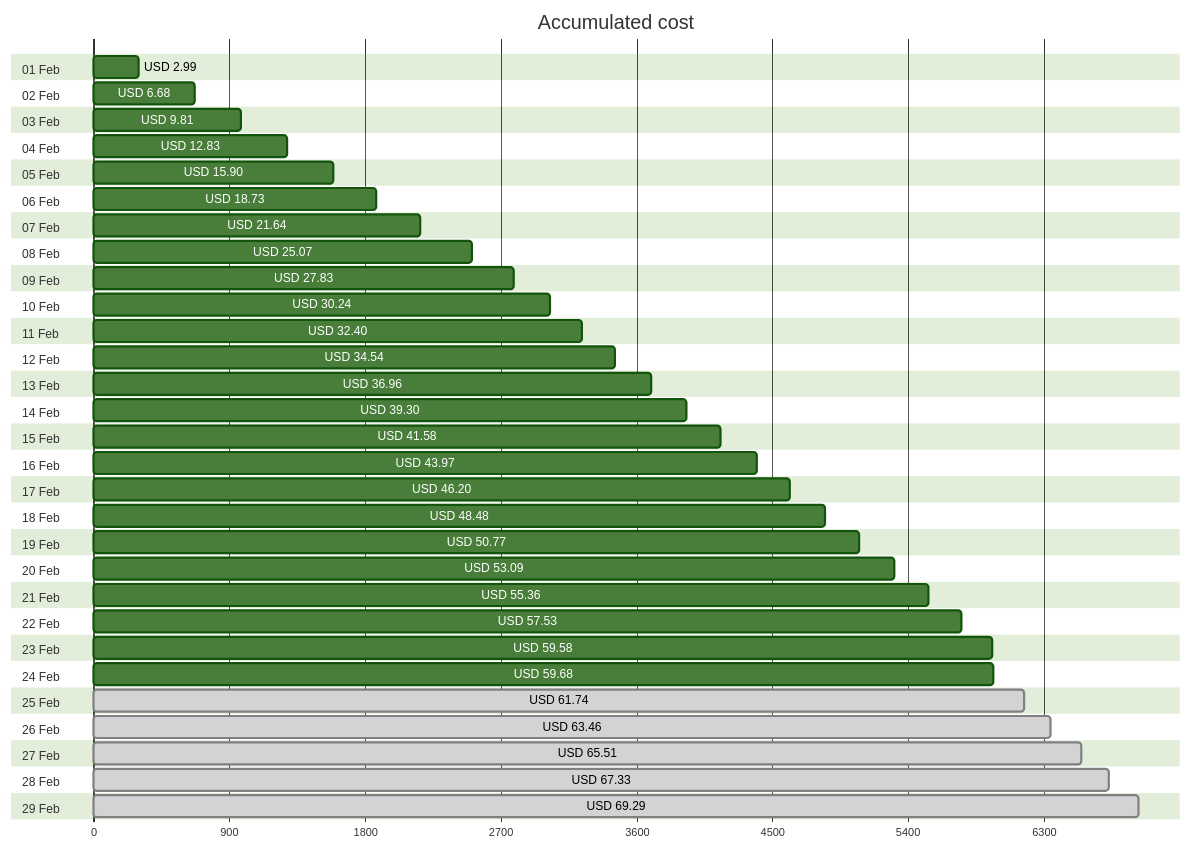
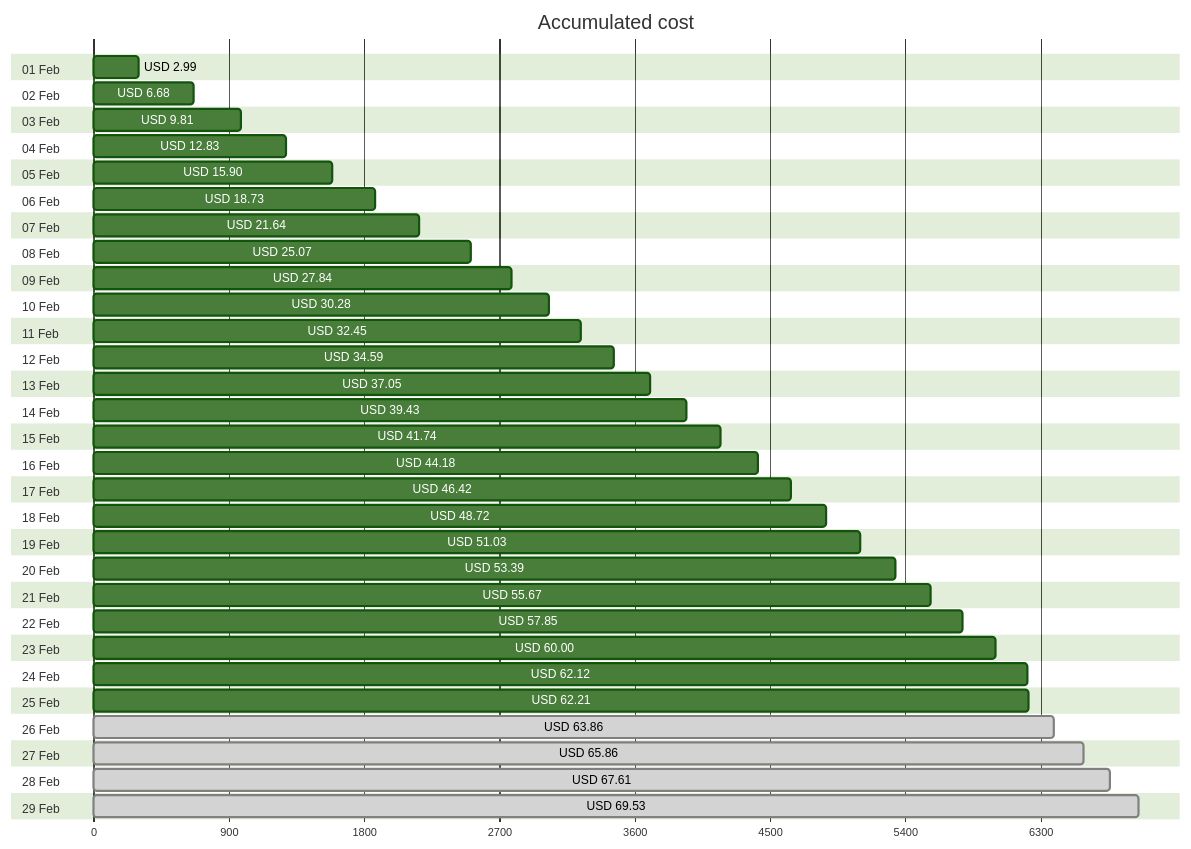
Before and after one commit to jpfulton/azure-personal-reports: the first of 4 diagrams in cost-reports/accumulated-cost.md, drawn with Mermaid (forest theme). The commit also changed other lines of this file and 4 other files, not shown here.

````diff
--- a/cost-reports/accumulated-cost.md
+++ b/cost-reports/accumulated-cost.md
@@ -20,64 +20,64 @@
 ```mermaid
 gantt
    title Accumulated cost
    dateFormat  X
    axisFormat %s
    section 01 Feb
    USD 2.99 :0, 299
    section 02 Feb
    USD 6.68 :0, 668
    section 03 Feb
    USD 9.81 :0, 981
    section 04 Feb
    USD 12.83 :0, 1283
    section 05 Feb
    USD 15.90 :0, 1590
    section 06 Feb
    USD 18.73 :0, 1873
    section 07 Feb
    USD 21.64 :0, 2164
    section 08 Feb
    USD 25.07 :0, 2507
    section 09 Feb
-   USD 27.83 :0, 2783
+   USD 27.84 :0, 2784
    section 10 Feb
-   USD 30.24 :0, 3024
+   USD 30.28 :0, 3028
    section 11 Feb
-   USD 32.40 :0, 3240
+   USD 32.45 :0, 3245
    section 12 Feb
-   USD 34.54 :0, 3454
+   USD 34.59 :0, 3459
    section 13 Feb
-   USD 36.96 :0, 3696
+   USD 37.05 :0, 3705
    section 14 Feb
-   USD 39.30 :0, 3930
+   USD 39.43 :0, 3943
    section 15 Feb
-   USD 41.58 :0, 4158
+   USD 41.74 :0, 4174
    section 16 Feb
-   USD 43.97 :0, 4397
+   USD 44.18 :0, 4418
    section 17 Feb
-   USD 46.20 :0, 4620
+   USD 46.42 :0, 4642
    section 18 Feb
-   USD 48.48 :0, 4848
+   USD 48.72 :0, 4872
    section 19 Feb
-   USD 50.77 :0, 5077
+   USD 51.03 :0, 5103
    section 20 Feb
-   USD 53.09 :0, 5309
+   USD 53.39 :0, 5339
    section 21 Feb
-   USD 55.36 :0, 5536
+   USD 55.67 :0, 5567
    section 22 Feb
-   USD 57.53 :0, 5753
+   USD 57.85 :0, 5785
    section 23 Feb
-   USD 59.58 :0, 5958
+   USD 60.00 :0, 6000
    section 24 Feb
-   USD 59.68 :0, 5968
+   USD 62.12 :0, 6212
    section 25 Feb
-   USD 61.74 : done, 0, 6174
+   USD 62.21 :0, 6221
    section 26 Feb
-   USD 63.46 : done, 0, 6346
+   USD 63.86 : done, 0, 6386
    section 27 Feb
-   USD 65.51 : done, 0, 6551
+   USD 65.86 : done, 0, 6586
    section 28 Feb
-   USD 67.33 : done, 0, 6733
+   USD 67.61 : done, 0, 6761
    section 29 Feb
-   USD 69.29 : done, 0, 6929
+   USD 69.53 : done, 0, 6953
 ```
````
